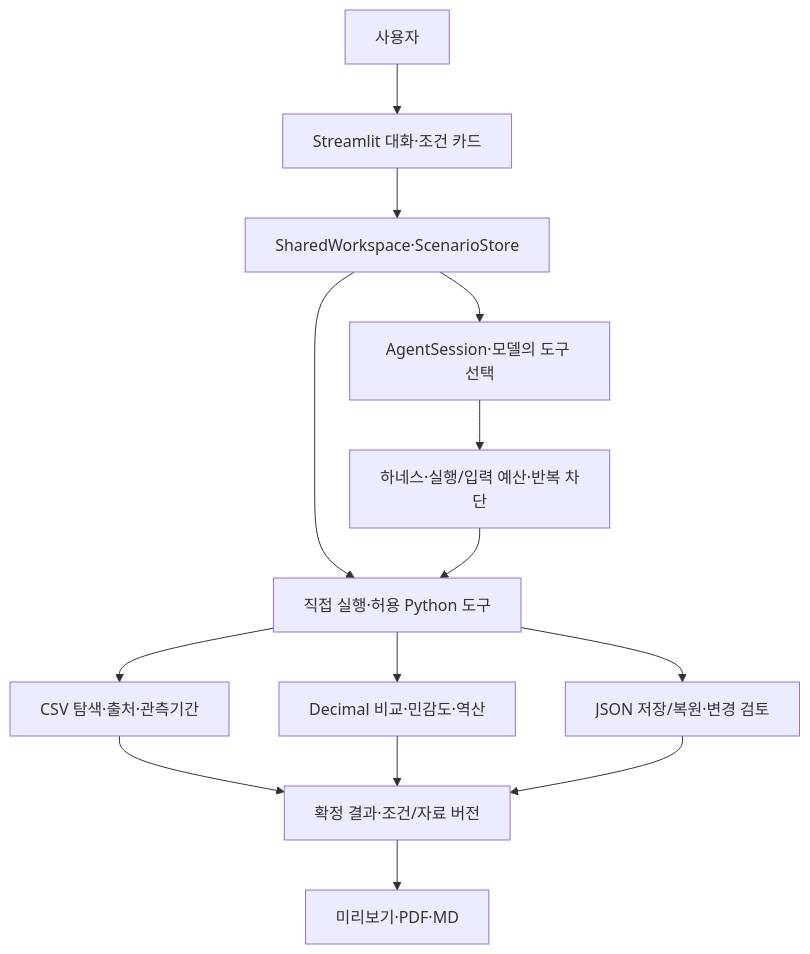
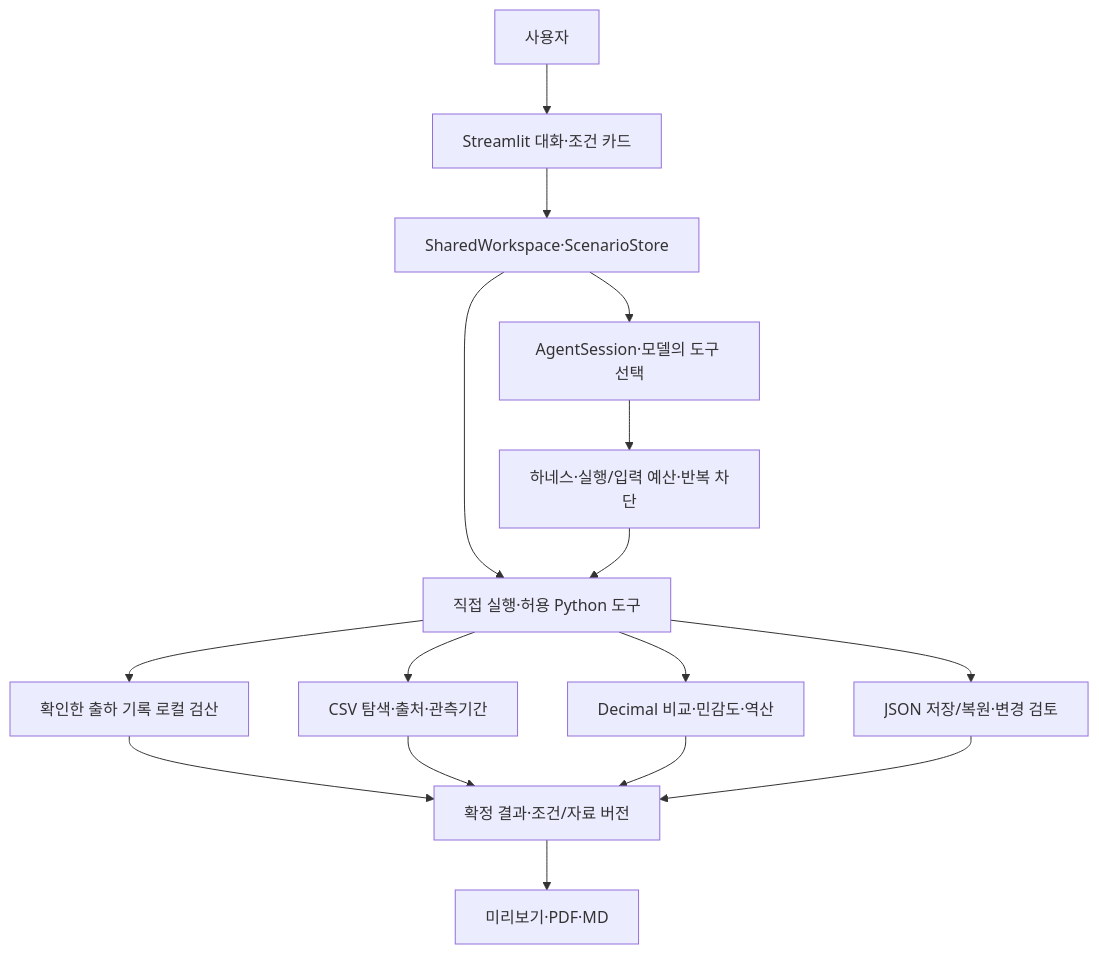
The diagram in README.md (idenist/jeju-ai-agent-project), drawn with Mermaid before and after one commit. The commit also changed other lines of this file and 29 other files, not shown here.

````diff
--- a/README.md
+++ b/README.md
@@ -49,16 +52,18 @@
 ```mermaid
 flowchart TB
     U["사용자"] --> UI["Streamlit 대화·조건 카드"]
     UI --> W["SharedWorkspace·ScenarioStore"]
     W --> A["AgentSession·모델의 도구 선택"]
     W --> T["직접 실행·허용 Python 도구"]
     A --> H["하네스·실행/입력 예산·반복 차단"]
     H --> T
     T --> D["CSV 탐색·출처·관측기간"]
     T --> C["Decimal 비교·민감도·역산"]
     T --> J["JSON 저장/복원·변경 검토"]
+    T --> S["확인한 출하 기록 로컬 검산"]
+    S --> R
     D --> R["확정 결과·조건/자료 버전"]
     C --> R
     J --> R
     R --> P["미리보기·PDF·MD"]
 ```
````
